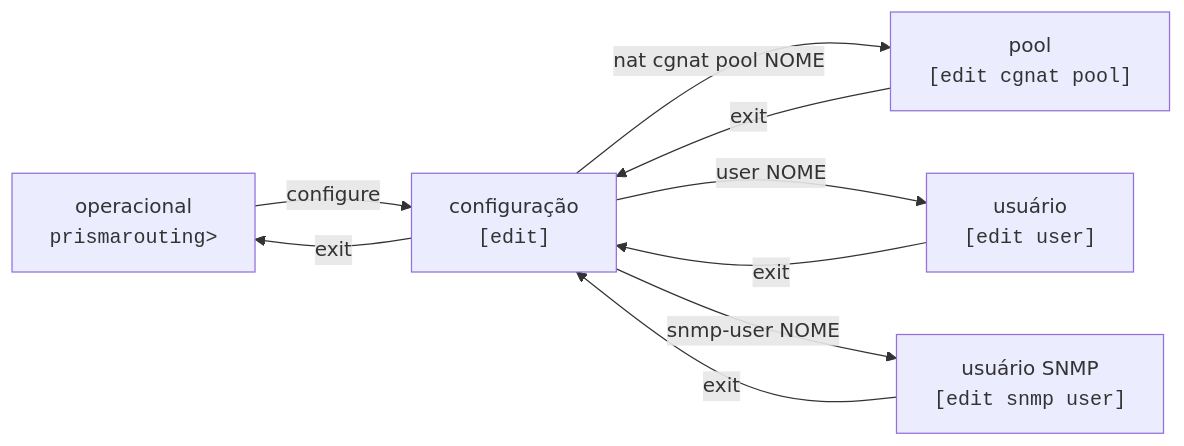
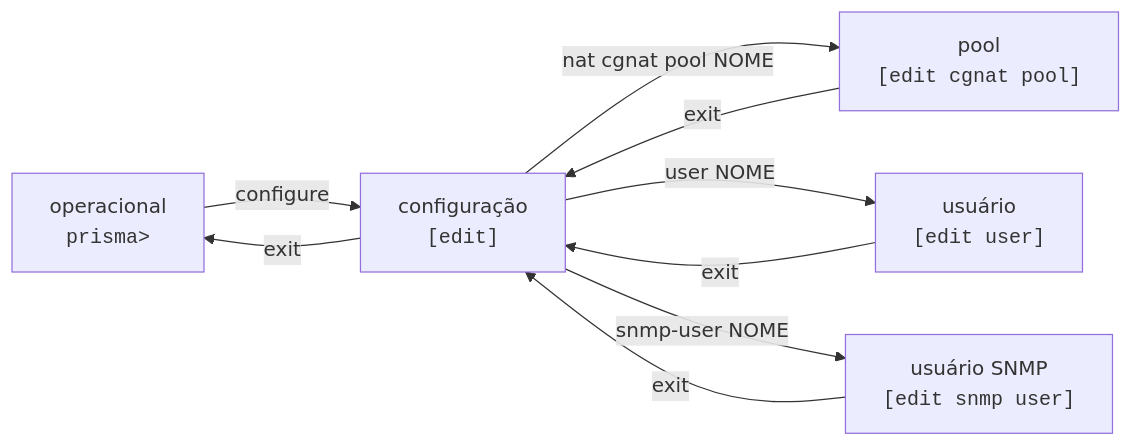
One commit to andrediashexa/prismarouting changed the diagram in wiki/referencia/vty-hexash-guia-de-uso/index.md. Above: the diagram before and after it, drawn with Mermaid. The commit also changed other lines of this file and 27 other files, not shown here.

````diff
--- a/wiki/referencia/vty-hexash-guia-de-uso/index.md
+++ b/wiki/referencia/vty-hexash-guia-de-uso/index.md
@@ -5,11 +5,11 @@
 ```mermaid
 flowchart LR
-    O["operacional<br/><code>prismarouting&gt;</code>"] -->|configure| G["configuração<br/><code>[edit]</code>"]
+    O["operacional<br/><code>prisma&gt;</code>"] -->|configure| G["configuração<br/><code>[edit]</code>"]
     G -->|"nat cgnat pool NOME"| P["pool<br/><code>[edit cgnat pool]</code>"]
     G -->|"user NOME"| U["usuário<br/><code>[edit user]</code>"]
     G -->|"snmp-user NOME"| SU["usuário SNMP<br/><code>[edit snmp user]</code>"]
     P -->|exit| G
     U -->|exit| G
     SU -->|exit| G
     G -->|exit| O
 ```
````
